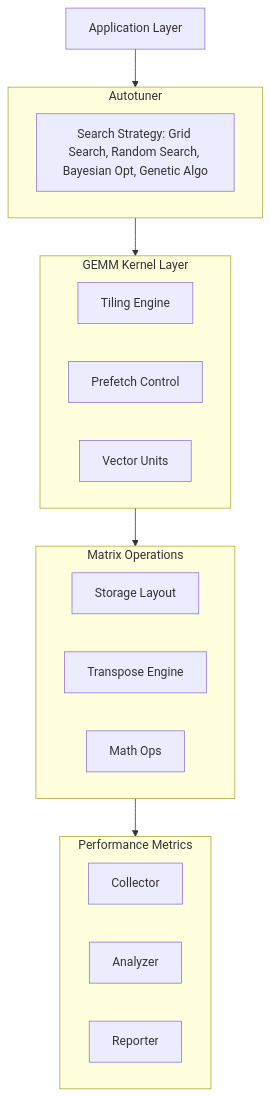
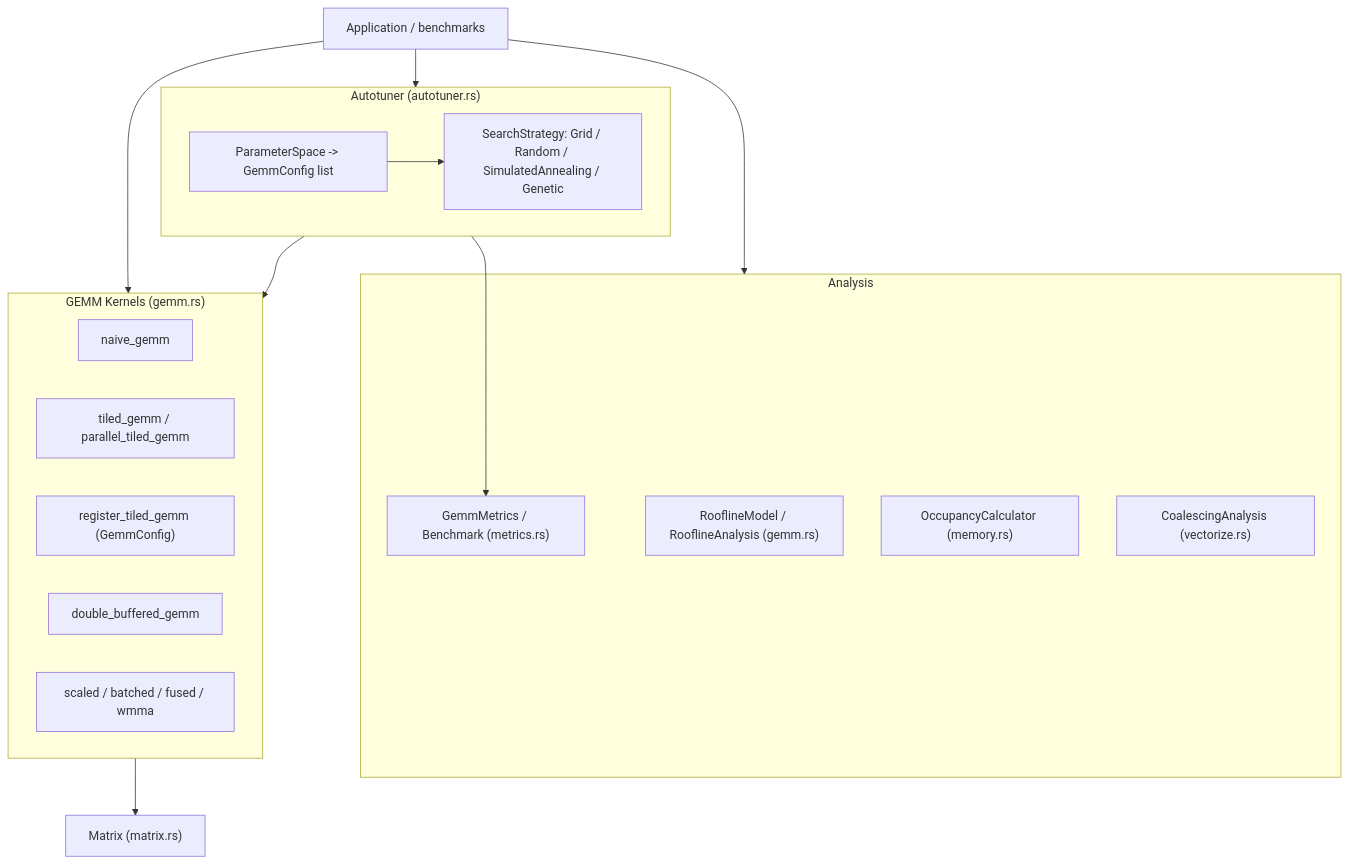
Before and after one commit to jchu0/applied-cs-projects: the first of 3 diagrams in 19-gpu-kernel-optimization/docs/ARCHITECTURE.md, drawn with Mermaid. The commit also changed other lines of this file and 7 other files, not shown here.

````diff
--- a/19-gpu-kernel-optimization/docs/ARCHITECTURE.md
+++ b/19-gpu-kernel-optimization/docs/ARCHITECTURE.md
@@ -11,33 +18,32 @@
 ```mermaid
 flowchart TD
-    App["Application Layer"]
+    App["Application / benchmarks"]
+    App --> Kernels
     App --> Autotuner
+    App --> Analysis
 
-    subgraph Autotuner["Autotuner"]
-        Search["Search Strategy: Grid Search, Random Search, Bayesian Opt, Genetic Algo"]
+    subgraph Kernels["GEMM Kernels (gemm.rs)"]
+        Naive["naive_gemm"]
+        Tiled["tiled_gemm / parallel_tiled_gemm"]
+        RegTiled["register_tiled_gemm (GemmConfig)"]
+        DoubleBuf["double_buffered_gemm"]
+        Fused["scaled / batched / fused / wmma"]
     end
 
-    Autotuner --> Kernel
-
-    subgraph Kernel["GEMM Kernel Layer"]
-        Tiling["Tiling Engine"]
-        Prefetch["Prefetch Control"]
-        Vector["Vector Units"]
+    subgraph Autotuner["Autotuner (autotuner.rs)"]
+        Space["ParameterSpace -> GemmConfig list"]
+        Strategy["SearchStrategy: Grid / Random / SimulatedAnnealing / Genetic"]
+        Space --> Strategy
     end
 
-    Kernel --> MatrixOps
-
-    subgraph MatrixOps["Matrix Operations"]
-        Storage["Storage Layout"]
-        Transpose["Transpose Engine"]
-        Math["Math Ops"]
+    subgraph Analysis["Analysis"]
+        Roofline["RooflineModel / RooflineAnalysis (gemm.rs)"]
+        Metrics["GemmMetrics / Benchmark (metrics.rs)"]
+        Occupancy["OccupancyCalculator (memory.rs)"]
+        Coalescing["CoalescingAnalysis (vectorize.rs)"]
     end
 
-    MatrixOps --> Metrics
-
-    subgraph Metrics["Performance Metrics"]
-        Collector["Collector"]
-        Analyzer["Analyzer"]
-        Reporter["Reporter"]
-    end
+    Kernels --> Matrix["Matrix (matrix.rs)"]
+    Autotuner --> Kernels
+    Autotuner --> Metrics
 ```
````
